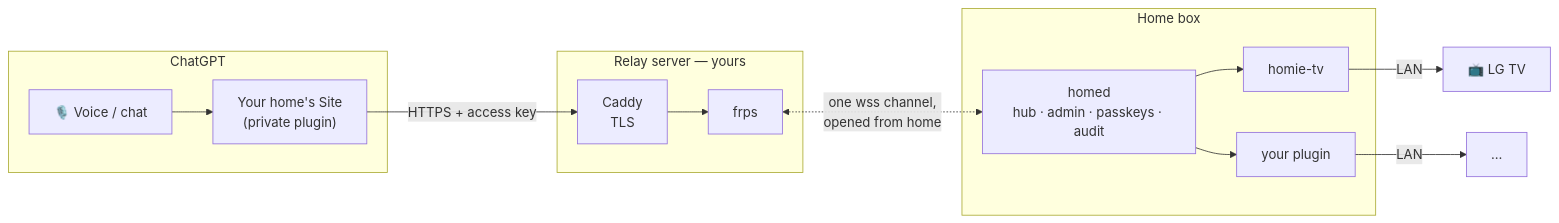
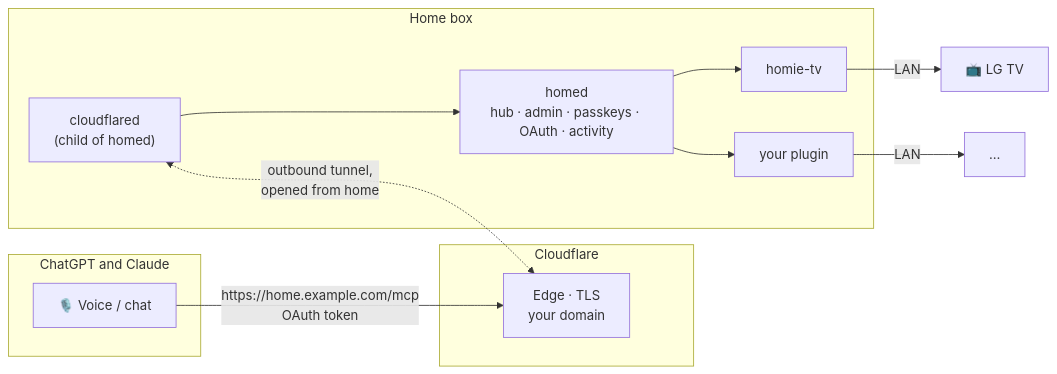
One commit to devXpro/homie changed the diagram in README.md. Above: the diagram before and after it, drawn with Mermaid. The commit also changed other lines of this file and 30 other files, not shown here.

Commit message:
D1: docs for v0.2: Cloudflare Tunnel (own domain or a quick tunnel for trying) instead of the relay, the gatekeeper's parts, guests with devices and terms, co-owners, the admin API on /api/home, upgrading from v0.1, neutral screenshots; RELAY, INSTALL-SERVER and the v0.1 DESIGN are gone

````diff
--- a/README.md
+++ b/README.md
@@ -97,17 +98,18 @@
 ```mermaid
 flowchart LR
-    subgraph chatgpt["ChatGPT"]
-        V["🎙️ Voice / chat"] --> S["Your home's Site<br/>(private plugin)"]
+    subgraph assistants["ChatGPT and Claude"]
+        V["🎙️ Voice / chat"]
     end
-    subgraph server["Relay server — yours"]
-        C["Caddy<br/>TLS"] --> F["frps"]
+    subgraph cf["Cloudflare"]
+        E["Edge · TLS<br/>your domain"]
     end
     subgraph home["Home box"]
-        H["homed<br/>hub · admin · passkeys · audit"] --> P1["homie-tv"]
+        T["cloudflared<br/>(child of homed)"] --> H
+        H["homed<br/>hub · admin · passkeys · OAuth · activity"] --> P1["homie-tv"]
         H --> P2["your plugin"]
     end
-    S -->|"HTTPS + access key"| C
-    F <-.->|"one wss channel,<br/>opened from home"| H
+    V -->|"https://home.example.com/mcp<br/>OAuth token"| E
+    T <-.->|"outbound tunnel,<br/>opened from home"| E
     P1 -->|"LAN"| TV["📺 LG TV"]
     P2 -->|"LAN"| D["…"]
 ```
````
